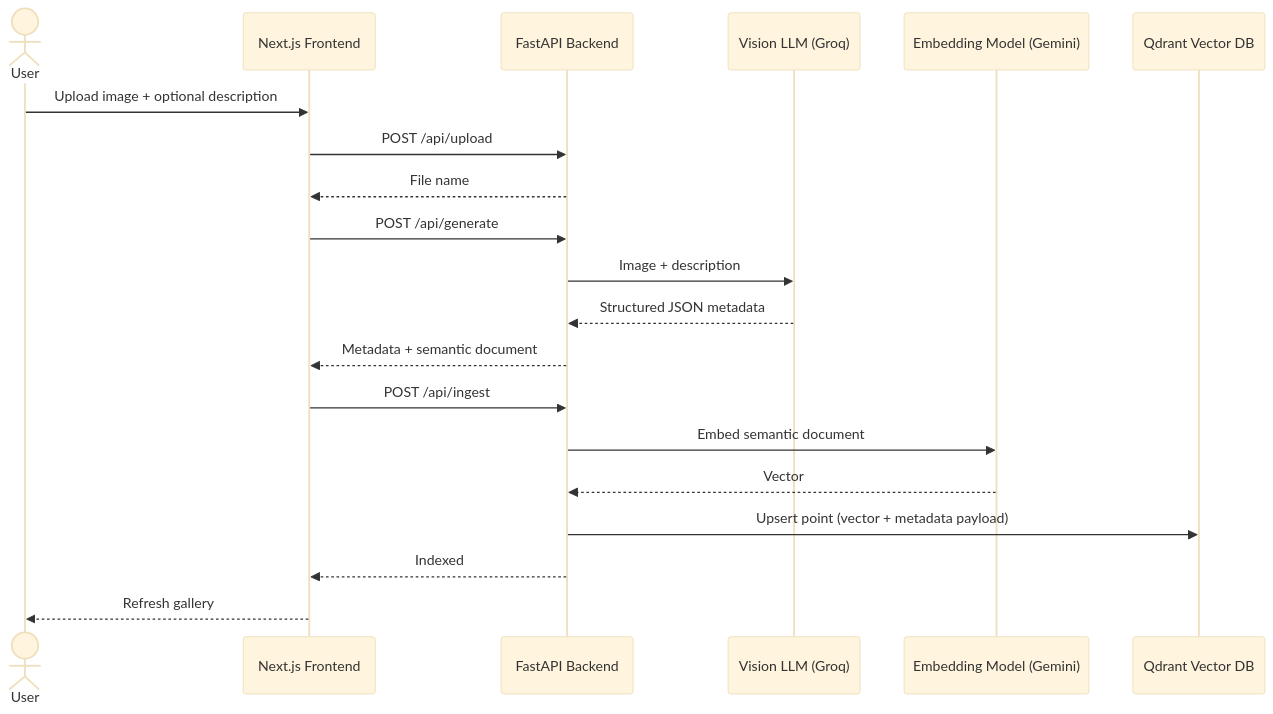
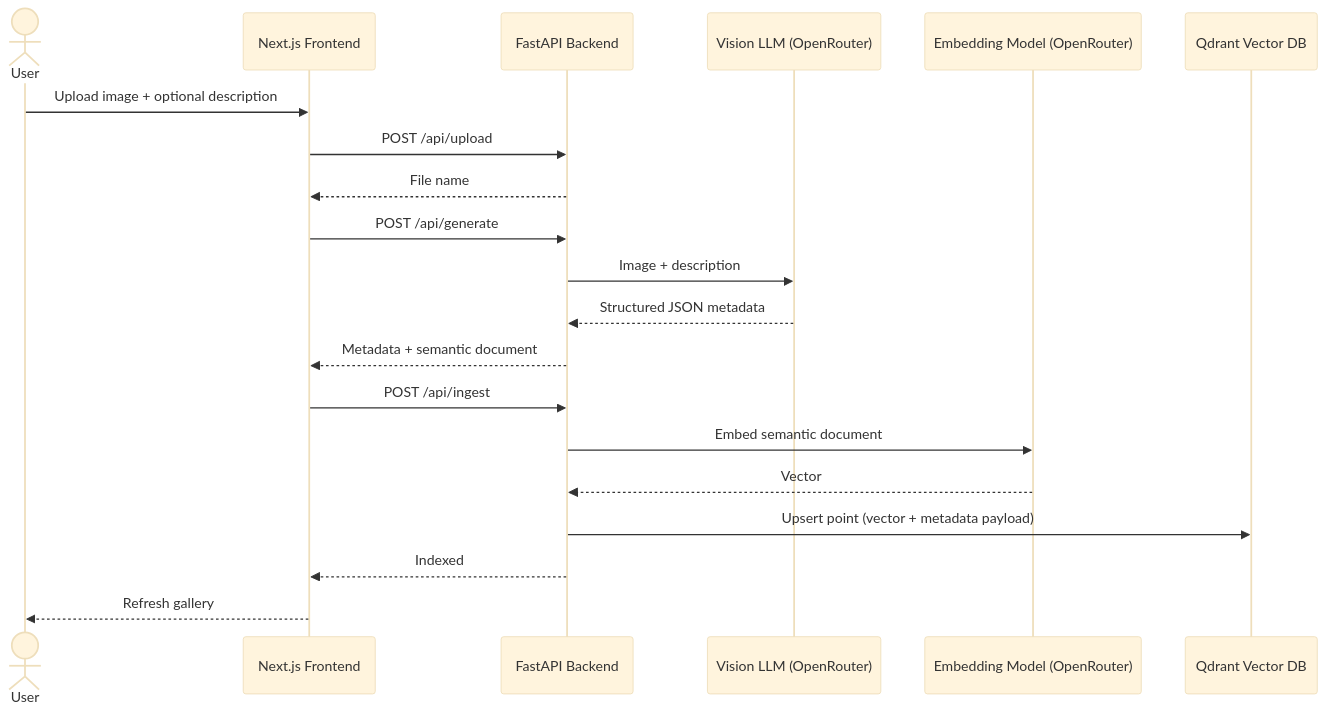
One commit to 0xaadesh/glimpse changed the diagram in README.md. Above: the diagram before and after it, drawn with Mermaid (base theme). The commit also changed other lines of this file and 5 other files, not shown here.

````diff
--- a/README.md
+++ b/README.md
@@ -46,23 +46,23 @@
 ```mermaid
 sequenceDiagram
     actor User
     participant Frontend as Next.js Frontend
     participant Backend as FastAPI Backend
-    participant Vision as Vision LLM (Groq)
-    participant Embed as Embedding Model (Gemini)
+    participant Vision as Vision LLM (OpenRouter)
+    participant Embed as Embedding Model (OpenRouter)
     participant Qdrant as Qdrant Vector DB
 
     User->>Frontend: Upload image + optional description
     Frontend->>Backend: POST /api/upload
     Backend-->>Frontend: File name
     Frontend->>Backend: POST /api/generate
     Backend->>Vision: Image + description
     Vision-->>Backend: Structured JSON metadata
     Backend-->>Frontend: Metadata + semantic document
     Frontend->>Backend: POST /api/ingest
     Backend->>Embed: Embed semantic document
     Embed-->>Backend: Vector
     Backend->>Qdrant: Upsert point (vector + metadata payload)
     Backend-->>Frontend: Indexed
     Frontend-->>User: Refresh gallery
 ```
````
